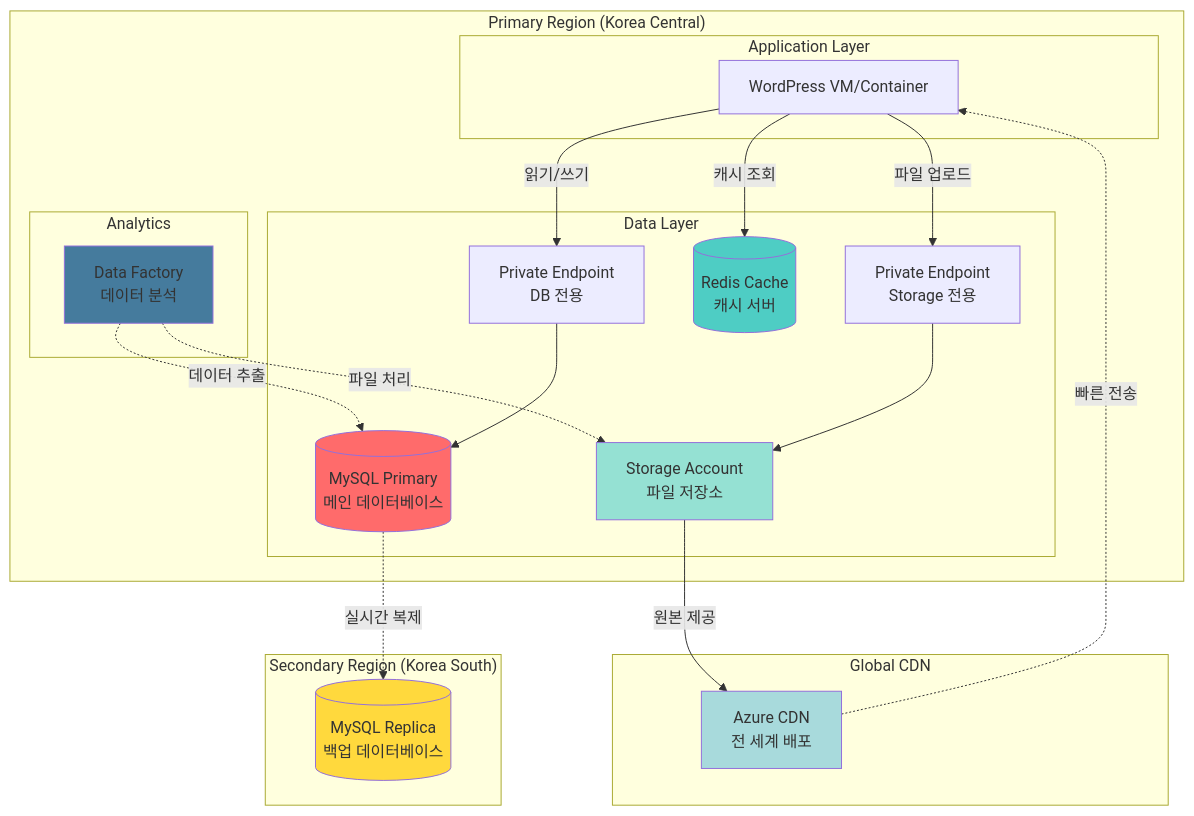
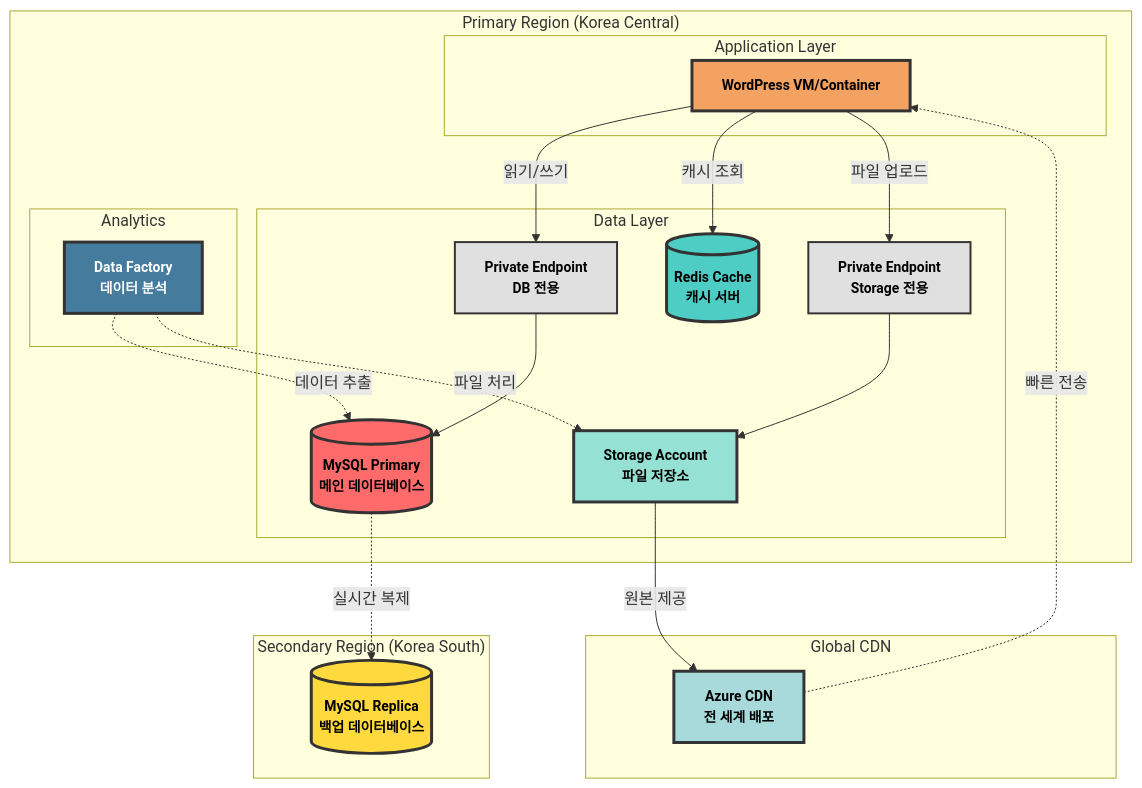
Before and after one commit to ggjg330204/team_www: the diagram in DB_docs/Architecture.md, drawn with Mermaid.

````diff
--- a/DB_docs/Architecture.md
+++ b/DB_docs/Architecture.md
@@ -11,48 +11,55 @@
 ```mermaid
 graph TB
     subgraph "Primary Region (Korea Central)"
         subgraph "Application Layer"
             WEB[WordPress VM/Container]
         end
         
         subgraph "Data Layer"
             MYSQL[(MySQL Primary<br/>메인 데이터베이스)]
             REDIS[(Redis Cache<br/>캐시 서버)]
             STORAGE[Storage Account<br/>파일 저장소]
             PE_DB[Private Endpoint<br/>DB 전용]
             PE_STG[Private Endpoint<br/>Storage 전용]
         end
         
         subgraph "Analytics"
             ADF[Data Factory<br/>데이터 분석]
         end
     end
     
     subgraph "Secondary Region (Korea South)"
         MYSQL_REP[(MySQL Replica<br/>백업 데이터베이스)]
     end
     
     subgraph "Global CDN"
         CDN[Azure CDN<br/>전 세계 배포]
     end
     
     WEB -->|읽기/쓰기| PE_DB
     PE_DB --> MYSQL
     WEB -->|캐시 조회| REDIS
     WEB -->|파일 업로드| PE_STG
     PE_STG --> STORAGE
     
     MYSQL -.->|실시간 복제| MYSQL_REP
     STORAGE -->|원본 제공| CDN
     CDN -.->|빠른 전송| WEB
     
     ADF -.->|데이터 추출| MYSQL
     ADF -.->|파일 처리| STORAGE
     
-    style MYSQL fill:#ff6b6b
-    style MYSQL_REP fill:#ffd93d
-    style REDIS fill:#4ecdc4
-    style STORAGE fill:#95e1d3
-    style CDN fill:#a8dadc
-    style ADF fill:#457b9d
+    %% 컬러 스타일 (기존 색상 유지하되 텍스트 강화)
+    style MYSQL fill:#ff6b6b,stroke:#333,stroke-width:3px,color:#000
+    style MYSQL_REP fill:#ffd93d,stroke:#333,stroke-width:3px,color:#000
+    style REDIS fill:#4ecdc4,stroke:#333,stroke-width:3px,color:#000
+    style STORAGE fill:#95e1d3,stroke:#333,stroke-width:3px,color:#000
+    style CDN fill:#a8dadc,stroke:#333,stroke-width:3px,color:#000
+    style ADF fill:#457b9d,stroke:#333,stroke-width:3px,color:#fff
+    style WEB fill:#f4a261,stroke:#333,stroke-width:3px,color:#000
+    style PE_DB fill:#e0e0e0,stroke:#333,stroke-width:2px,color:#000
+    style PE_STG fill:#e0e0e0,stroke:#333,stroke-width:2px,color:#000
+    
+    %% 전역 테마 설정 (글자 굵기 및 크기 강화)
+    classDef default fill:#f9f9f9,stroke:#333,stroke-width:2px,color:#000,font-weight:bold,font-size:14px
 ```
````
